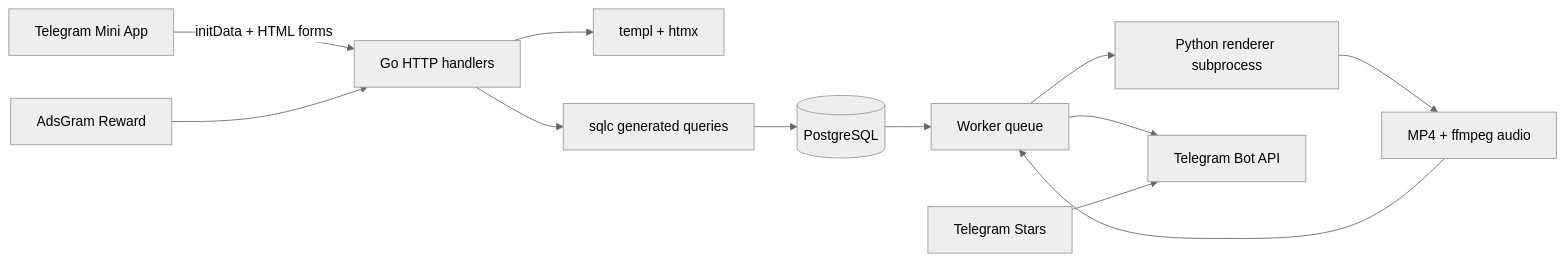
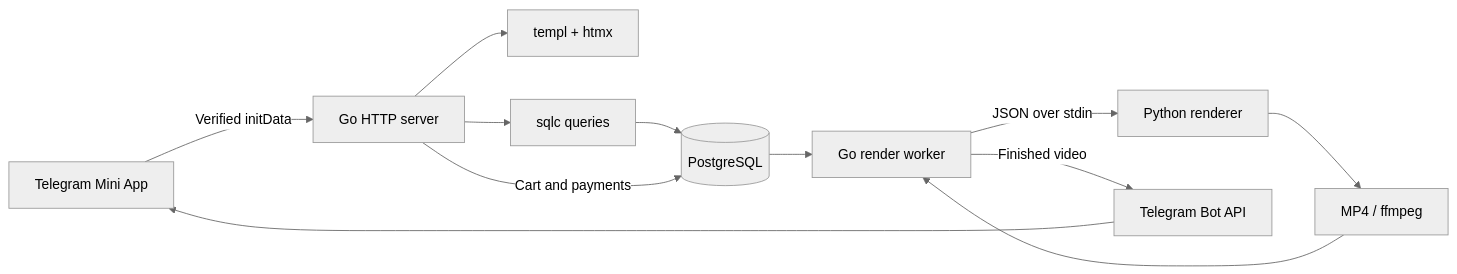
One commit to smirnoffff/contgen changed the diagram in README.md. Above: the diagram before and after it, drawn with Mermaid (neutral theme). The commit also changed other lines of this file and 4 other files, not shown here.

````diff
--- a/README.md
+++ b/README.md
@@ -31,14 +32,14 @@
 ```mermaid
 flowchart LR
-    TG[Telegram Mini App] -->|initData + HTML forms| GO[Go HTTP handlers]
-    GO --> T[templ + htmx]
-    GO --> SQLC[sqlc generated queries]
-    SQLC --> DB[(PostgreSQL)]
-    DB --> W[Worker queue]
-    W --> PY[Python renderer subprocess]
-    PY --> F[MP4 + ffmpeg audio]
+    U[Telegram Mini App] -->|Verified initData| H[Go HTTP server]
+    H --> T[templ + htmx]
+    H --> S[sqlc queries]
+    S --> DB[(PostgreSQL)]
+    H -->|Cart and payments| DB
+    DB --> W[Go render worker]
+    W -->|JSON over stdin| P[Python renderer]
+    P --> F[MP4 / ffmpeg]
     F --> W
-    W --> BOT[Telegram Bot API]
-    ADS[AdsGram Reward] --> GO
-    STARS[Telegram Stars] --> BOT
+    W -->|Finished video| B[Telegram Bot API]
+    B --> U
 ```
````
